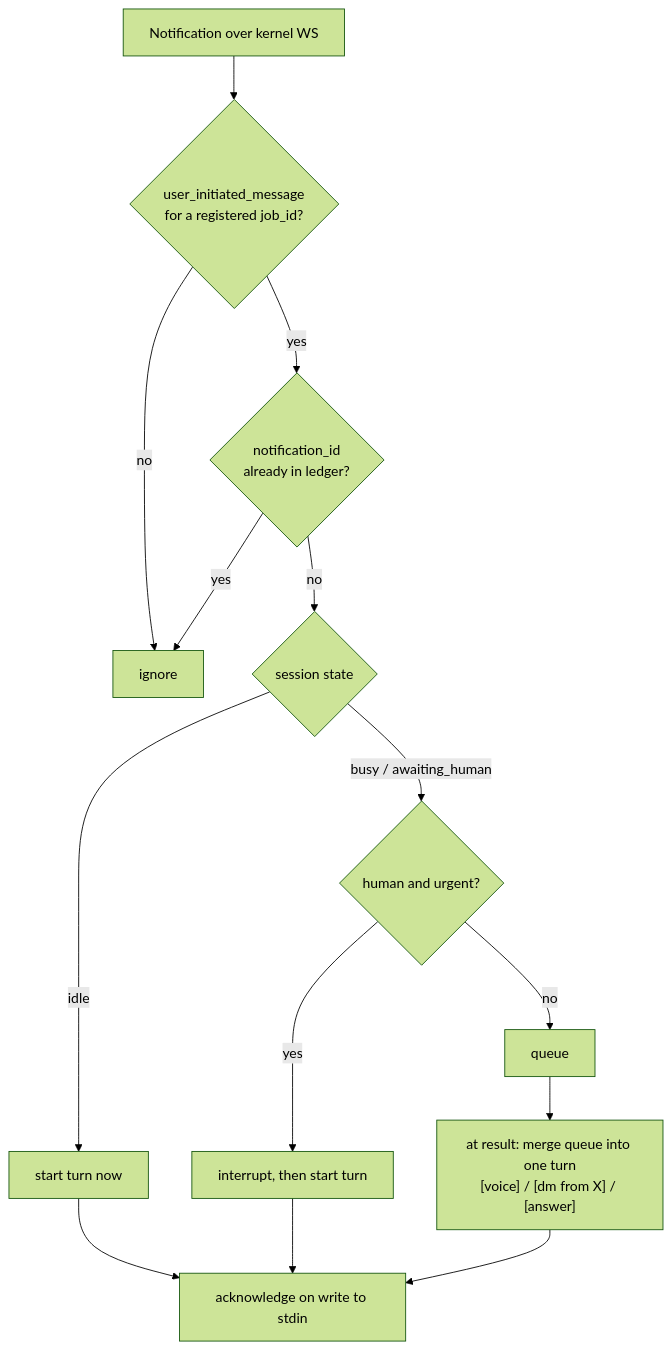
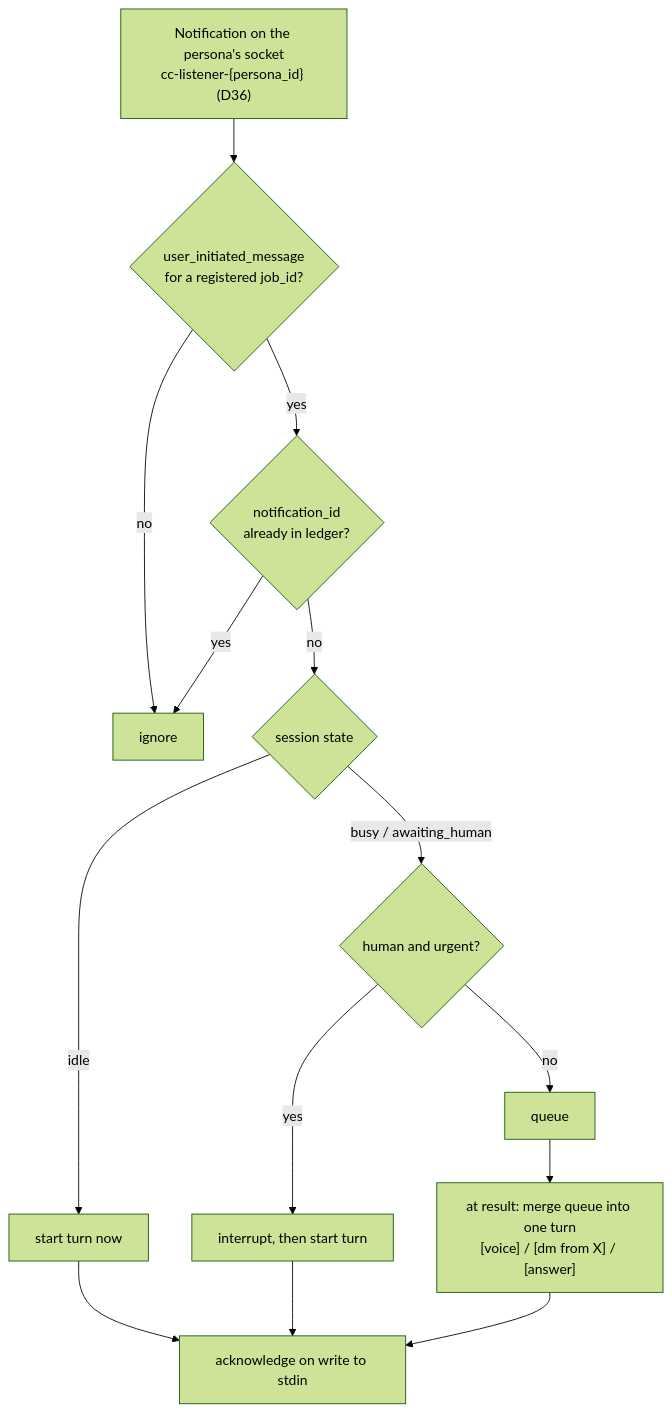
The third of 6 diagrams in src/rnd/v0.0.1/2026.10.14-uhw-implementation-planning-framework.md (deepily/unified-headless-wrapper), drawn with Mermaid (forest theme) before and after one commit. The commit also changed other lines of this file and 13 other files, not shown here.

````diff
--- a/src/rnd/v0.0.1/2026.10.14-uhw-implementation-planning-framework.md
+++ b/src/rnd/v0.0.1/2026.10.14-uhw-implementation-planning-framework.md
@@ -239,16 +323,16 @@
 ```mermaid
 flowchart TD
-    WS["Notification over kernel WS"] --> T{"user_initiated_message<br/>for a registered job_id?"}
+    WS["Notification on the persona's socket<br/>cc-listener-{persona_id} (D36)"] --> T{"user_initiated_message<br/>for a registered job_id?"}
     T -- no --> DROP["ignore"]
     T -- yes --> L{"notification_id<br/>already in ledger?"}
     L -- yes --> DROP
     L -- no --> S{"session state"}
     S -- idle --> START["start turn now"]
     S -- "busy / awaiting_human" --> U{"human and urgent?"}
     U -- yes --> INT["interrupt, then start turn"]
     U -- no --> Q["queue"]
     Q --> R["at result: merge queue into one turn<br/>[voice] / [dm from X] / [answer]"]
     START --> ACK["acknowledge on write to stdin"]
     INT --> ACK
     R --> ACK
 ```
````
